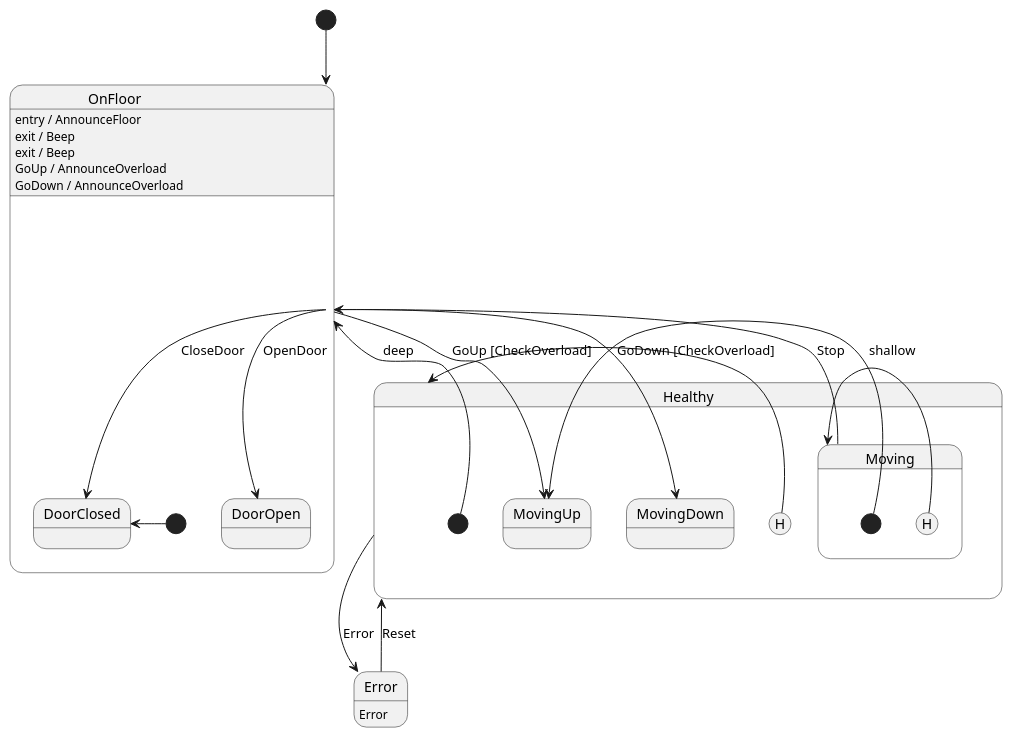
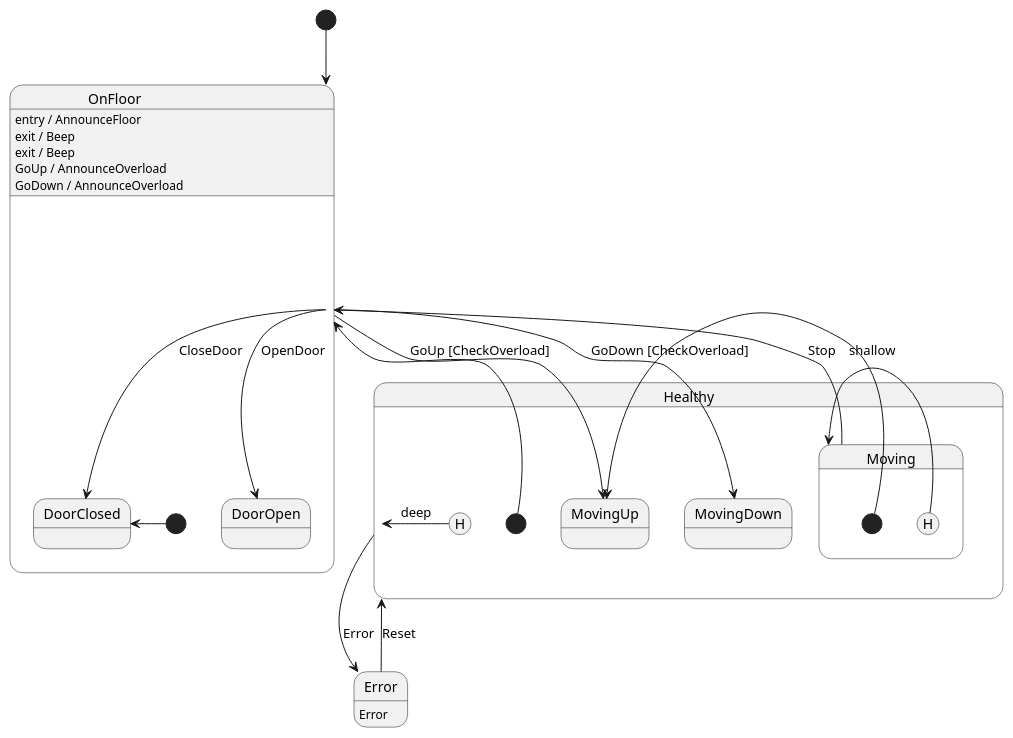
One commit to muisje/appccelerate-state-machine-plantuml-report changed the diagram in Elevator.plantuml. Above: the diagram before and after it, drawn with PlantUML. The commit also changed 2 other files, not shown here.

```diff
--- a/Elevator.plantuml
+++ b/Elevator.plantuml
@@ -1,37 +1,37 @@
 @startuml Elevator
 [*] --> OnFloor
 state Healthy {
-[H] -> Healthy : deep
+[H] -left> Healthy : deep
 [*] -> OnFloor
 state OnFloor {
 [*] -> DoorClosed
 state DoorClosed {
 }
 state DoorOpen {
 }
 }
 OnFloor : entry / AnnounceFloor
 OnFloor : exit / Beep
 OnFloor : exit / Beep
 OnFloor --> DoorClosed : CloseDoor
 OnFloor --> DoorOpen : OpenDoor
 OnFloor --> MovingUp : GoUp [CheckOverload]
 OnFloor : GoUp / AnnounceOverload
 OnFloor --> MovingDown : GoDown [CheckOverload]
 OnFloor : GoDown / AnnounceOverload
 state Moving {
-[H] -> Moving : shallow
+[H] -left> Moving : shallow
 [*] -> MovingUp
 state MovingUp {
 }
 state MovingDown {
 }
 }
 Moving --> OnFloor : Stop
 }
 Healthy --> Error : Error
 state Error {
 }
 Error --> Healthy : Reset
 Error : Error
 @enduml
```
